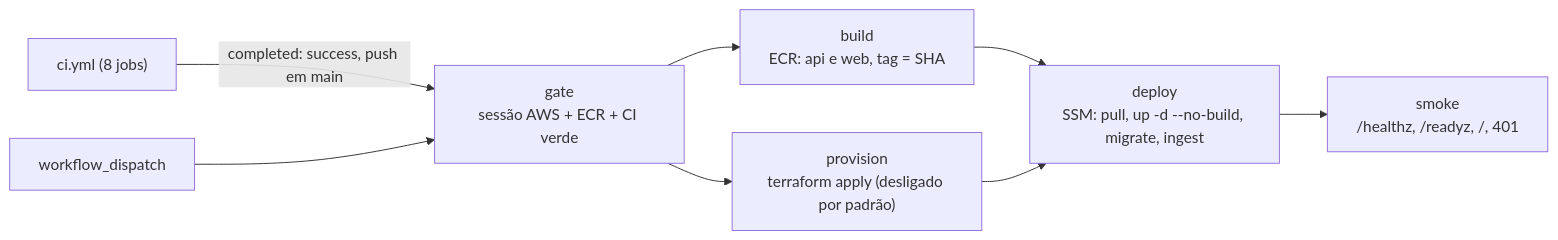
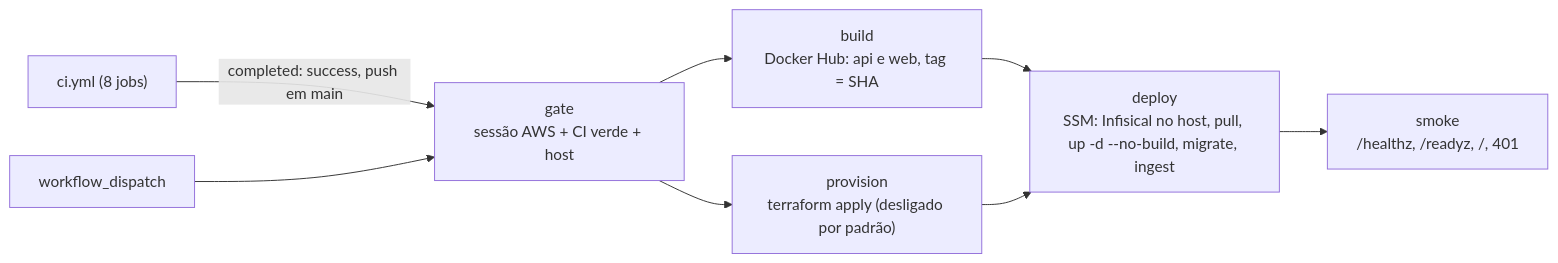
The diagram in docs/app/06-pipeline-deploy.md (emanuelrodrigues2005/skill-finder), drawn with Mermaid before and after one commit. The commit also changed other lines of this file and 9 other files, not shown here.

First line of the commit message:
feat(infra): move the registry to Docker Hub and the secrets to Infisical

````diff
--- a/docs/app/06-pipeline-deploy.md
+++ b/docs/app/06-pipeline-deploy.md
@@ -14,10 +14,10 @@
 ```mermaid
 flowchart LR
   CI["ci.yml (8 jobs)"] -->|completed: success, push em main| GATE
   MANUAL["workflow_dispatch"] --> GATE
-  GATE["gate<br/>sessão AWS + ECR + CI verde"] --> BUILD["build<br/>ECR: api e web, tag = SHA"]
+  GATE["gate<br/>sessão AWS + CI verde + host"] --> BUILD["build<br/>Docker Hub: api e web, tag = SHA"]
   GATE --> PROV["provision<br/>terraform apply (desligado por padrão)"]
-  BUILD --> DEPLOY["deploy<br/>SSM: pull, up -d --no-build, migrate, ingest"]
+  BUILD --> DEPLOY["deploy<br/>SSM: Infisical no host, pull, up -d --no-build, migrate, ingest"]
   PROV --> DEPLOY
   DEPLOY --> SMOKE["smoke<br/>/healthz, /readyz, /, 401"]
 ```
````
